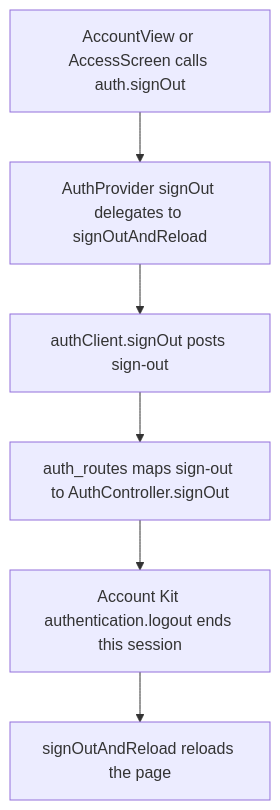
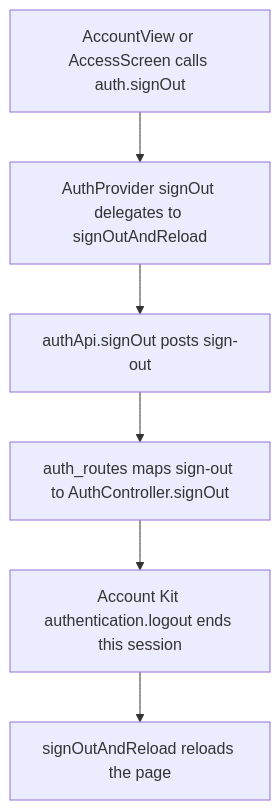
Before and after one commit to Kevinjohn/capacitylens: the second of 2 diagrams in user-stories/account/US-ACCOUNT-04-sign-out.md, drawn with Mermaid. The commit also changed other lines of this file and 79 other files, not shown here.

First line of the commit message:
Client to Api: rename the typed HTTP modules

````diff
--- a/user-stories/account/US-ACCOUNT-04-sign-out.md
+++ b/user-stories/account/US-ACCOUNT-04-sign-out.md
@@ -26,8 +26,8 @@
 ```mermaid
 flowchart TD
   entry["AccountView or AccessScreen calls auth.signOut"] --> provider["AuthProvider signOut delegates to signOutAndReload"]
-  provider --> client["authClient.signOut posts sign-out"]
+  provider --> client["authApi.signOut posts sign-out"]
   client --> route["auth_routes maps sign-out to AuthController.signOut"]
   route --> kit["Account Kit authentication.logout ends this session"]
   kit --> reload["signOutAndReload reloads the page"]
 ```
````
